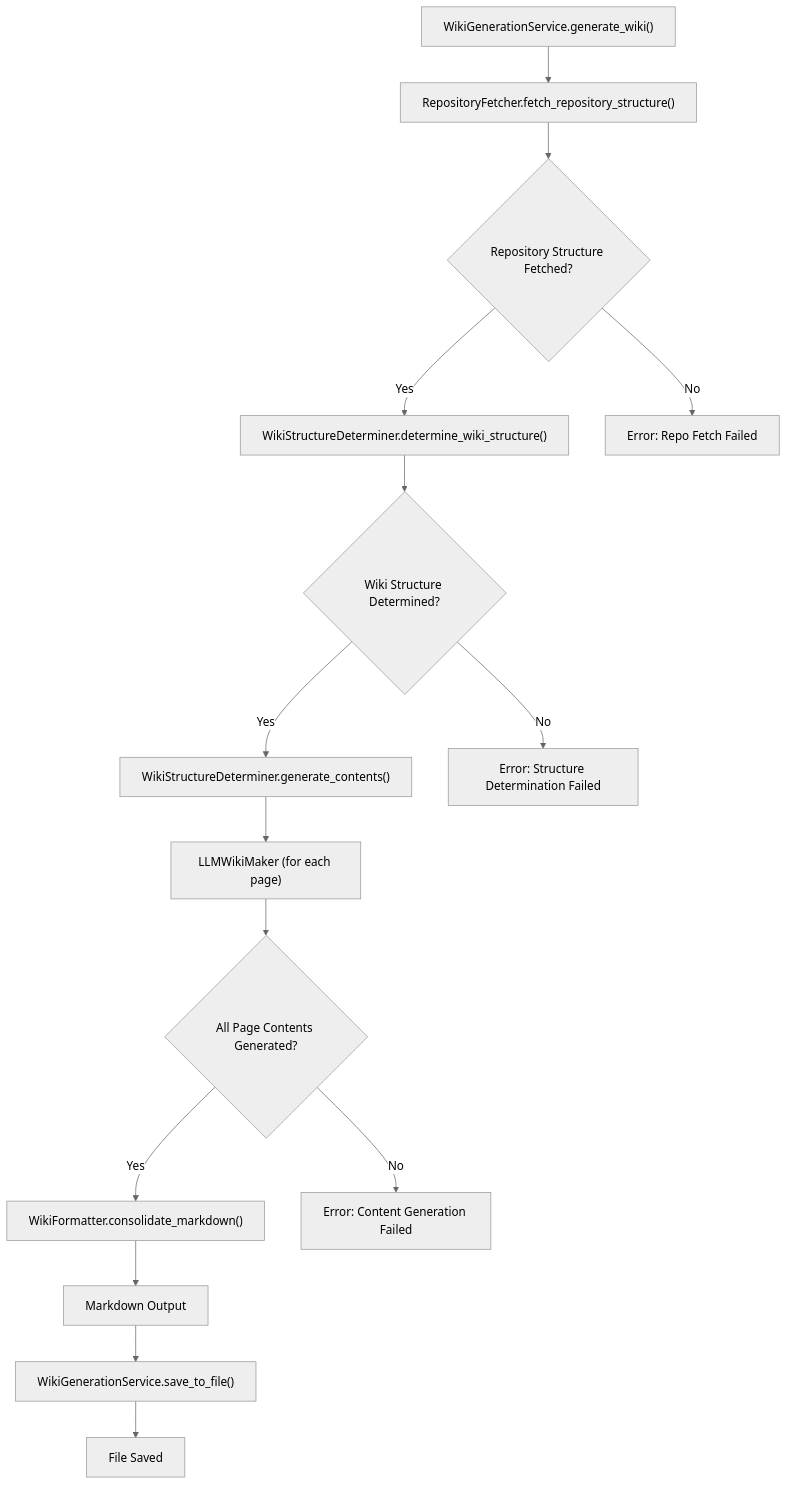
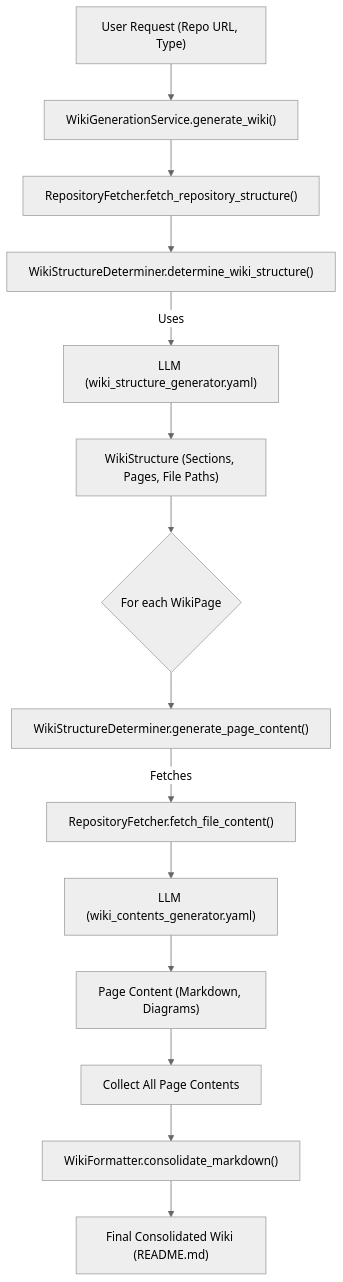
Before and after one commit to catuscio/wiki-as-readme: the second of 19 diagrams in examples/wiki_as_README.md, drawn with Mermaid (neutral theme). The commit also changed other lines of this file, not shown here.

Commit message:
✨📚 Update examples/wiki_as_README.md via Wiki-As-Readme Action (en)

````diff
--- a/examples/wiki_as_README.md
+++ b/examples/wiki_as_README.md
@@ -350,17 +408,16 @@
 ```mermaid
 graph TD
-    A["WikiGenerationService.generate_wiki()"] --> B["RepositoryFetcher.fetch_repository_structure()"];
-    B --> C{"Repository Structure Fetched?"};
-    C -- Yes --> D["WikiStructureDeterminer.determine_wiki_structure()"];
-    D --> E{"Wiki Structure Determined?"};
-    E -- Yes --> F["WikiStructureDeterminer.generate_contents()"];
-    F --> G["LLMWikiMaker (for each page)"];
-    G --> H{"All Page Contents Generated?"};
-    H -- Yes --> I["WikiFormatter.consolidate_markdown()"];
-    I --> J["Markdown Output"];
-    J --> K["WikiGenerationService.save_to_file()"];
-    K --> L["File Saved"];
-    C -- No --> M["Error: Repo Fetch Failed"];
-    E -- No --> N["Error: Structure Determination Failed"];
-    H -- No --> O["Error: Content Generation Failed"];
+    A["User Request (Repo URL, Type)"] --> B["WikiGenerationService.generate_wiki()"]
+    B --> C["RepositoryFetcher.fetch_repository_structure()"]
+    C --> D["WikiStructureDeterminer.determine_wiki_structure()"]
+    D -- Uses --> E["LLM (wiki_structure_generator.yaml)"]
+    E --> F["WikiStructure (Sections, Pages, File Paths)"]
+    F --> G{"For each WikiPage"}
+    G --> H["WikiStructureDeterminer.generate_page_content()"]
+    H -- Fetches --> I["RepositoryFetcher.fetch_file_content()"]
+    I --> J["LLM (wiki_contents_generator.yaml)"]
+    J --> K["Page Content (Markdown, Diagrams)"]
+    K --> L["Collect All Page Contents"]
+    L --> M["WikiFormatter.consolidate_markdown()"]
+    M --> N["Final Consolidated Wiki (README.md)"]
 ```
````
